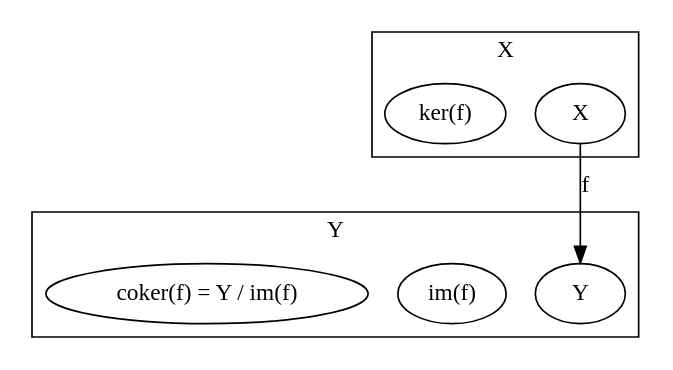
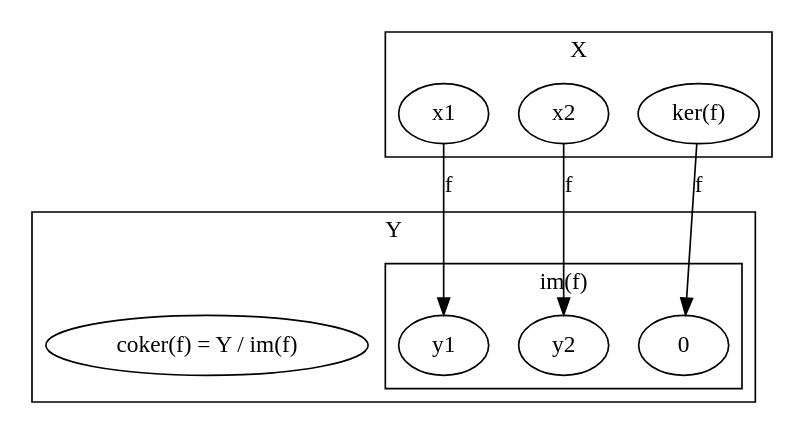
Before and after one commit to frankymacster/category-theory-graphviz: the second of 4 diagrams in vector-space.md, drawn with Graphviz. The commit also changed other lines of this file, not shown here.

````diff
--- a/vector-space.md
+++ b/vector-space.md
@@ -16,21 +16,28 @@
 ```graphviz
 digraph G {
   subgraph clusterX {
     label="X"
 
-    "X"
-
+    "x1"
+    "x2"
     "ker(f)"
   }
   subgraph clusterY {
     label="Y"
 
-    "Y"
+    subgraph clusterImf {
+      label="im(f)"
 
-    "im(f)"
+      "y1"
+      "y2"
+      "0"
+    }
+
     "coker(f) = Y / im(f)" [href="https://en.wikipedia.org/wiki/Cokernel"]
   }
 
-  "X" -> "Y" [label="f"]
+  "ker(f)" -> "0" [label="f"]
+  "x1" -> "y1" [label="f"]
+  "x2" -> "y2" [label="f"]
 }
 ```
````
